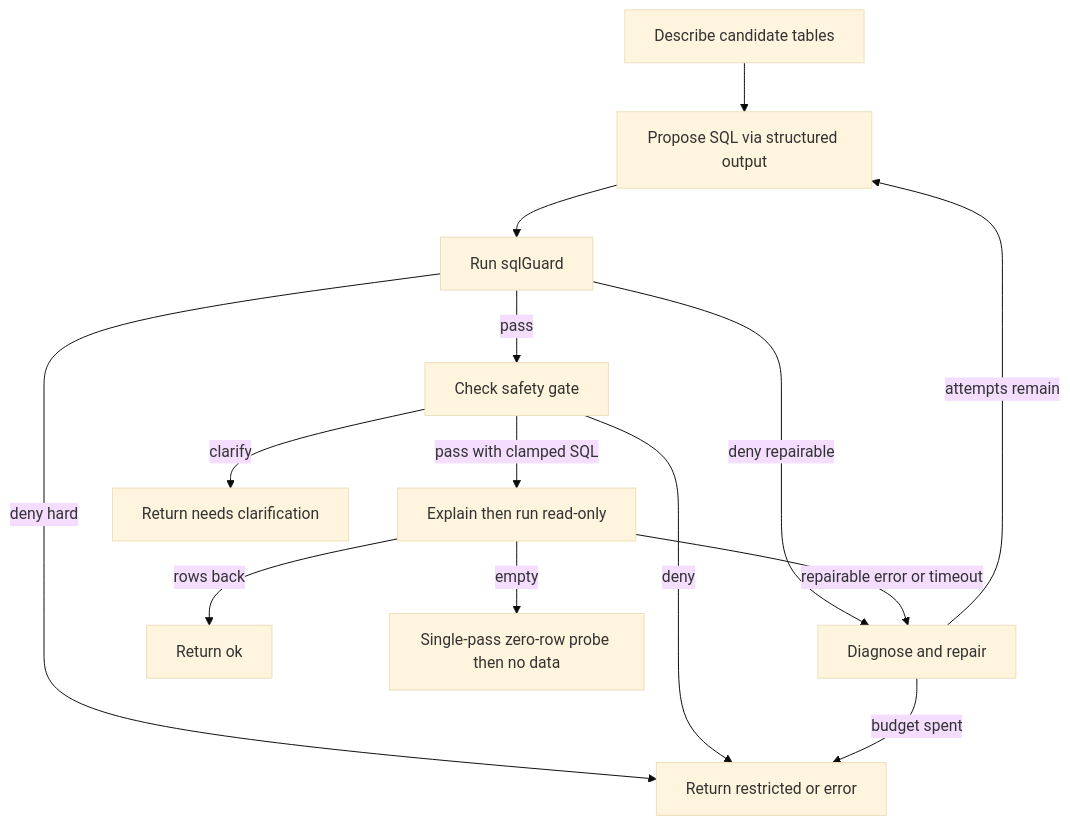
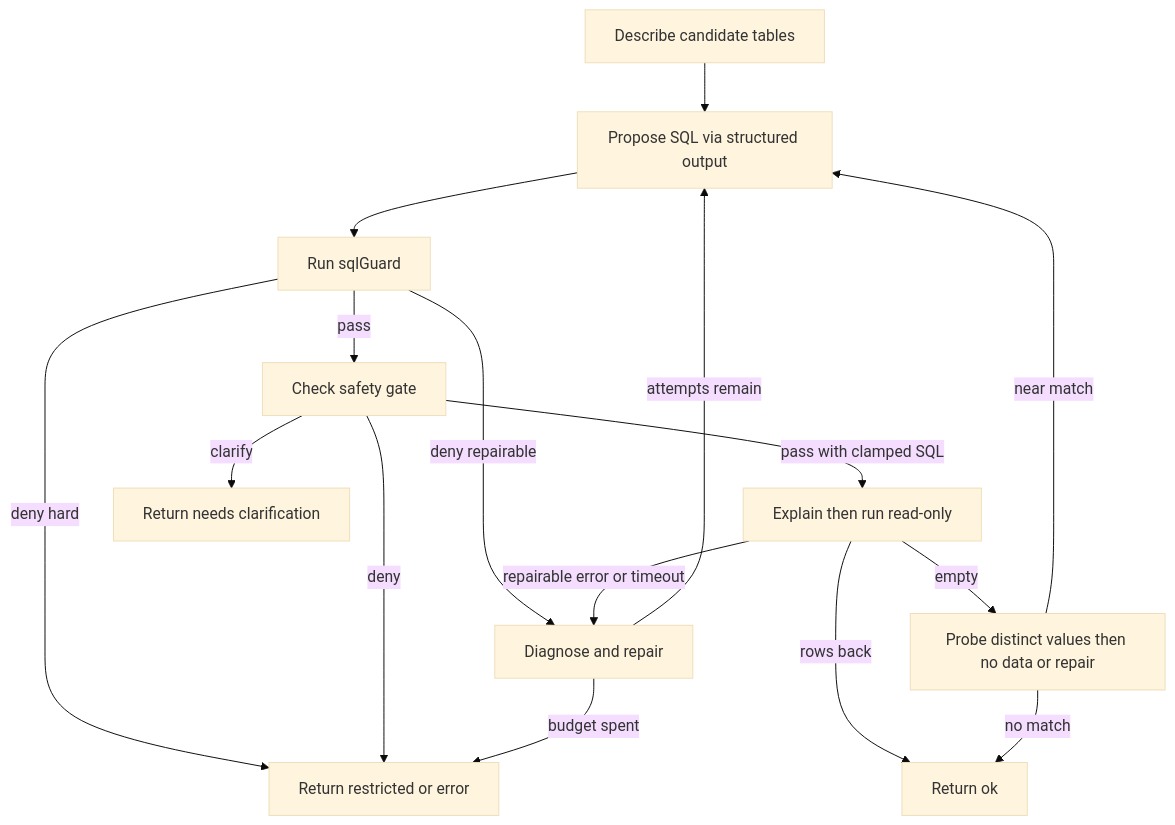
The diagram in openwiki/use-cases/text-to-sql.md (NDTruongDanh/SE373-Analytics-Agent), drawn with Mermaid (base theme) before and after one commit. The commit also changed other lines of this file and 16 other files, not shown here.

````diff
--- a/openwiki/use-cases/text-to-sql.md
+++ b/openwiki/use-cases/text-to-sql.md
@@ -136,16 +140,18 @@
 ```mermaid
 flowchart TD
   A["Describe candidate tables"] --> B["Propose SQL via structured output"]
   B --> C["Run sqlGuard"]
-  C -->|"deny repairable"| F["Diagnose and repair"]
-  C -->|"deny hard"| H["Return restricted or error"]
-  C -->|"pass"| E["Check safety gate"]
-  E -->|"pass with clamped SQL"| G["Explain then run read-only"]
-  E -->|"clarify"| I["Return needs clarification"]
-  E -->|"deny"| H
-  G -->|"rows back"| J["Return ok"]
-  G -->|"empty"| K["Single-pass zero-row probe then no data"]
-  G -->|"repairable error or timeout"| F
-  F -->|"attempts remain"| B
-  F -->|"budget spent"| H
+  C -->|deny repairable| F["Diagnose and repair"]
+  C -->|deny hard| H["Return restricted or error"]
+  C -->|pass| E["Check safety gate"]
+  E -->|pass with clamped SQL| G["Explain then run read-only"]
+  E -->|clarify| I["Return needs clarification"]
+  E -->|deny| H
+  G -->|rows back| J["Return ok"]
+  G -->|empty| K["Probe distinct values then no data or repair"]
+  G -->|repairable error or timeout| F
+  K -->|near match| B
+  K -->|no match| J
+  F -->|attempts remain| B
+  F -->|budget spent| H
 ```
````
